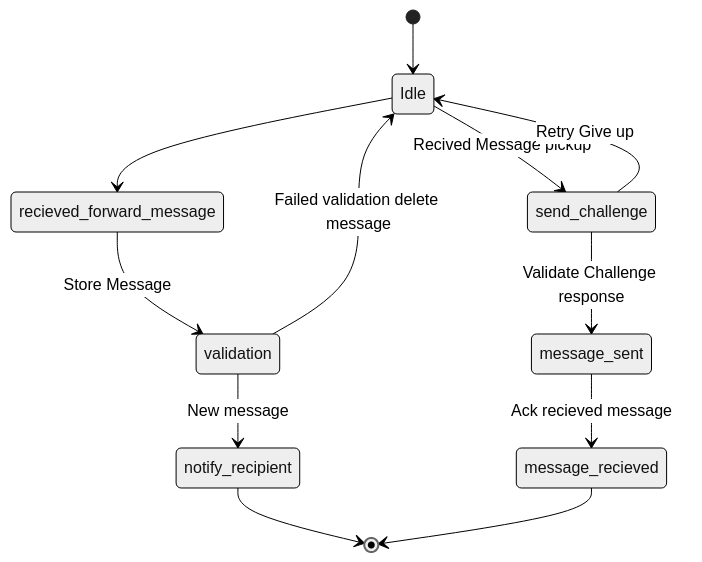
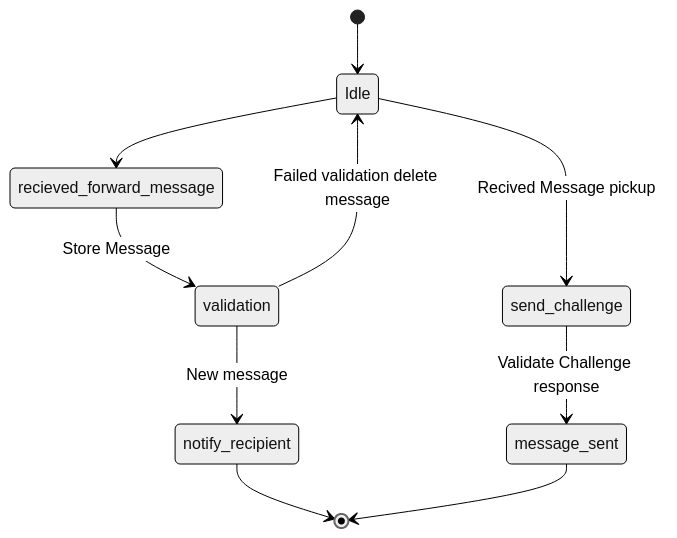
Before and after one commit to hyperledger/identus-cloud-agent: the second of 3 diagrams in mercury/prism-mediator/protocol-mercury-mailbox/Mercury-Mailbox-Protocol.md, drawn with Mermaid (neutral theme).

Commit message:
updated some based on comments

````diff
--- a/mercury/prism-mediator/protocol-mercury-mailbox/Mercury-Mailbox-Protocol.md
+++ b/mercury/prism-mediator/protocol-mercury-mailbox/Mercury-Mailbox-Protocol.md
@@ -32,15 +32,13 @@
 ```mermaid
 stateDiagram-v2
 state "Idle" as idle
 [*] --> idle
 idle --> recieved_forward_message
 recieved_forward_message --> validation             :Store Message
 validation --> idle                                 :Failed validation delete message
 validation --> notify_recipient                     :New message
 notify_recipient --> [*]
 idle --> send_challenge                             :Recived Message pickup       
 send_challenge --> message_sent                     :Validate Challenge response
-send_challenge --> idle                             :Retry Give up   
-message_sent --> message_recieved                   :Ack recieved message
-message_recieved --> [*]                             
+message_sent --> [*]                             
 ```
````
